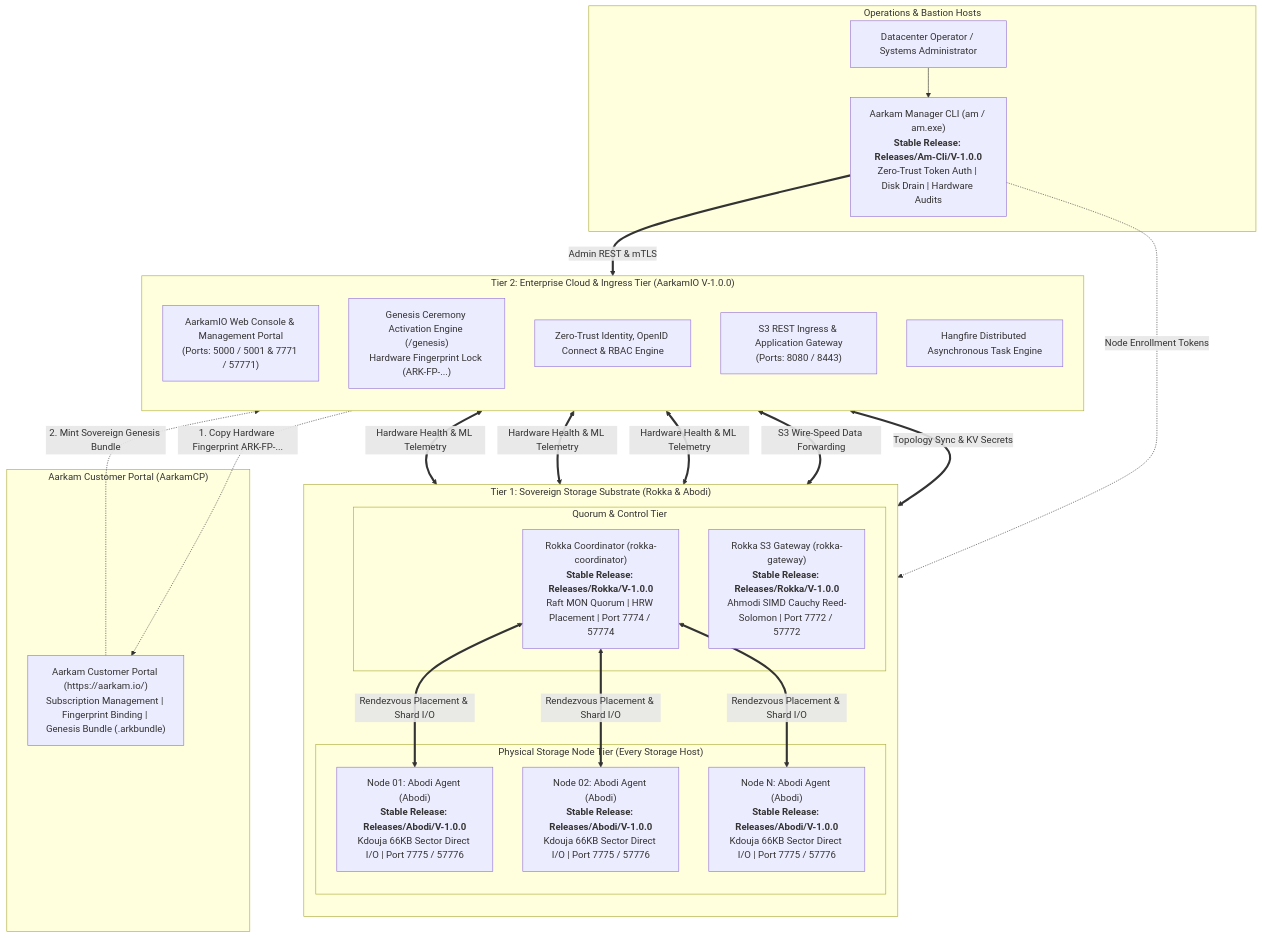
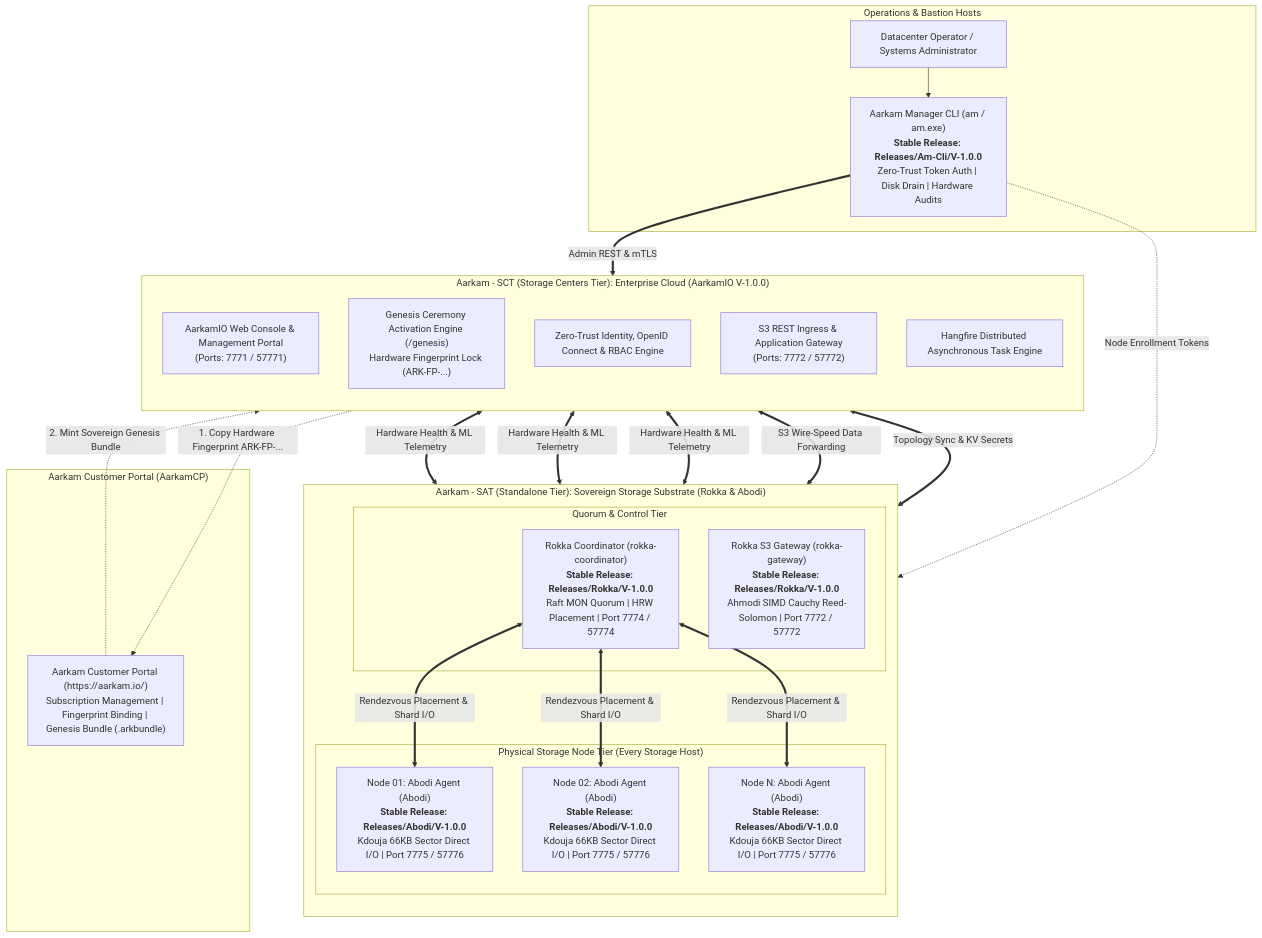
One commit to aarkamio/Aarkam changed the first of 2 diagrams in Releases/AarkamIO/V-1.0.0/INSTALLATION_GUIDE.md. Above: the diagram before and after it, drawn with Mermaid. The commit also changed other lines of this file and 11 other files, not shown here.

````diff
--- a/Releases/AarkamIO/V-1.0.0/INSTALLATION_GUIDE.md
+++ b/Releases/AarkamIO/V-1.0.0/INSTALLATION_GUIDE.md
@@ -23,49 +23,49 @@
 ```mermaid
 flowchart TB
     subgraph ManagementPlane["Operations & Bastion Hosts"]
         Operator["Datacenter Operator / Systems Administrator"]
         AMCLI["Aarkam Manager CLI (am / am.exe)<br/><b>Stable Release: Releases/Am-Cli/V-1.0.0</b><br/>Zero-Trust Token Auth | Disk Drain | Hardware Audits"]
         Operator --> AMCLI
     end
 
-    subgraph Tier2Plane["Tier 2: Enterprise Cloud & Ingress Tier (AarkamIO V-1.0.0)"]
+    subgraph Tier2Plane["Aarkam - SCT (Storage Centers Tier): Enterprise Cloud (AarkamIO V-1.0.0)"]
         direction TB
-        AarkamWeb["AarkamIO Web Console & Management Portal<br/>(Ports: 5000 / 5001 & 7771 / 57771)"]
+        AarkamWeb["AarkamIO Web Console & Management Portal<br/>(Ports: 7771 / 57771)"]
         GenesisPortal["Genesis Ceremony Activation Engine (/genesis)<br/>Hardware Fingerprint Lock (ARK-FP-...)"]
         IAM["Zero-Trust Identity, OpenID Connect & RBAC Engine"]
-        S3Ingress["S3 REST Ingress & Application Gateway<br/>(Ports: 8080 / 8443)"]
+        S3Ingress["S3 REST Ingress & Application Gateway<br/>(Ports: 7772 / 57772)"]
         HangfireEngine["Hangfire Distributed Asynchronous Task Engine"]
     end
 
-    subgraph Tier1Substrate["Tier 1: Sovereign Storage Substrate (Rokka & Abodi)"]
+    subgraph Tier1Substrate["Aarkam - SAT (Standalone Tier): Sovereign Storage Substrate (Rokka & Abodi)"]
         direction TB
         subgraph QuorumConsensus["Quorum & Control Tier"]
             RokkaCoord["Rokka Coordinator (rokka-coordinator)<br/><b>Stable Release: Releases/Rokka/V-1.0.0</b><br/>Raft MON Quorum | HRW Placement | Port 7774 / 57774"]
             RokkaGW["Rokka S3 Gateway (rokka-gateway)<br/><b>Stable Release: Releases/Rokka/V-1.0.0</b><br/>Ahmodi SIMD Cauchy Reed-Solomon | Port 7772 / 57772"]
         end
 
         subgraph PhysicalNodeTier["Physical Storage Node Tier (Every Storage Host)"]
             AbodiNode1["Node 01: Abodi Agent (Abodi)<br/><b>Stable Release: Releases/Abodi/V-1.0.0</b><br/>Kdouja 66KB Sector Direct I/O | Port 7775 / 57776"]
             AbodiNode2["Node 02: Abodi Agent (Abodi)<br/><b>Stable Release: Releases/Abodi/V-1.0.0</b><br/>Kdouja 66KB Sector Direct I/O | Port 7775 / 57776"]
             AbodiNodeN["Node N: Abodi Agent (Abodi)<br/><b>Stable Release: Releases/Abodi/V-1.0.0</b><br/>Kdouja 66KB Sector Direct I/O | Port 7775 / 57776"]
         end
     end
 
     subgraph SovereignPortal["Aarkam Customer Portal (AarkamCP)"]
         CP["Aarkam Customer Portal (https://aarkam.io/)<br/>Subscription Management | Fingerprint Binding | Genesis Bundle (.arkbundle)"]
     end
 
     AMCLI ==>|"Admin REST & mTLS"| AarkamWeb
     AMCLI -.->|"Node Enrollment Tokens"| RokkaCoord
     AarkamWeb <==>|"Topology Sync & KV Secrets"| RokkaCoord
     AarkamWeb <==>|"S3 Wire-Speed Data Forwarding"| RokkaGW
     AarkamWeb <==>|"Hardware Health & ML Telemetry"| AbodiNode1
     AarkamWeb <==>|"Hardware Health & ML Telemetry"| AbodiNode2
     AarkamWeb <==>|"Hardware Health & ML Telemetry"| AbodiNodeN
     RokkaCoord <==>|"Rendezvous Placement & Shard I/O"| AbodiNode1
     RokkaCoord <==>|"Rendezvous Placement & Shard I/O"| AbodiNode2
     RokkaCoord <==>|"Rendezvous Placement & Shard I/O"| AbodiNodeN
 
     GenesisPortal -.->|"1. Copy Hardware Fingerprint ARK-FP-..."| CP
     CP -.->|"2. Mint Sovereign Genesis Bundle"| GenesisPortal
 ```
````
